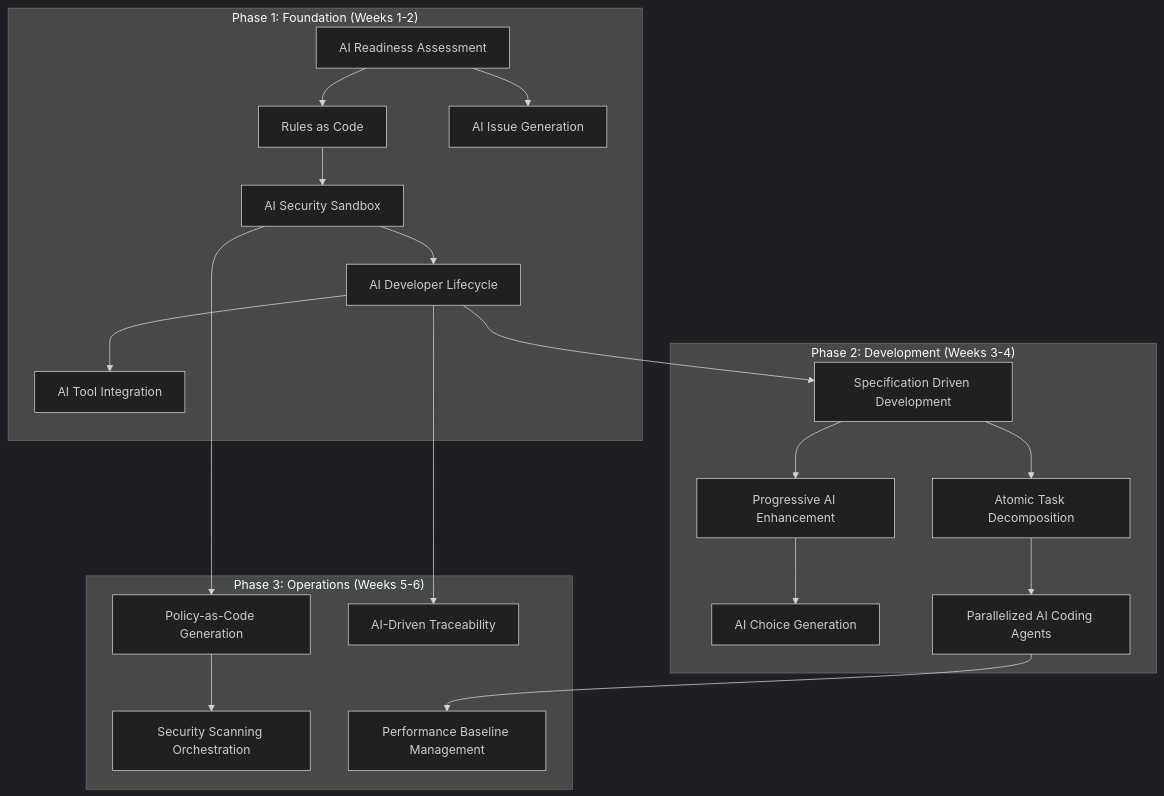
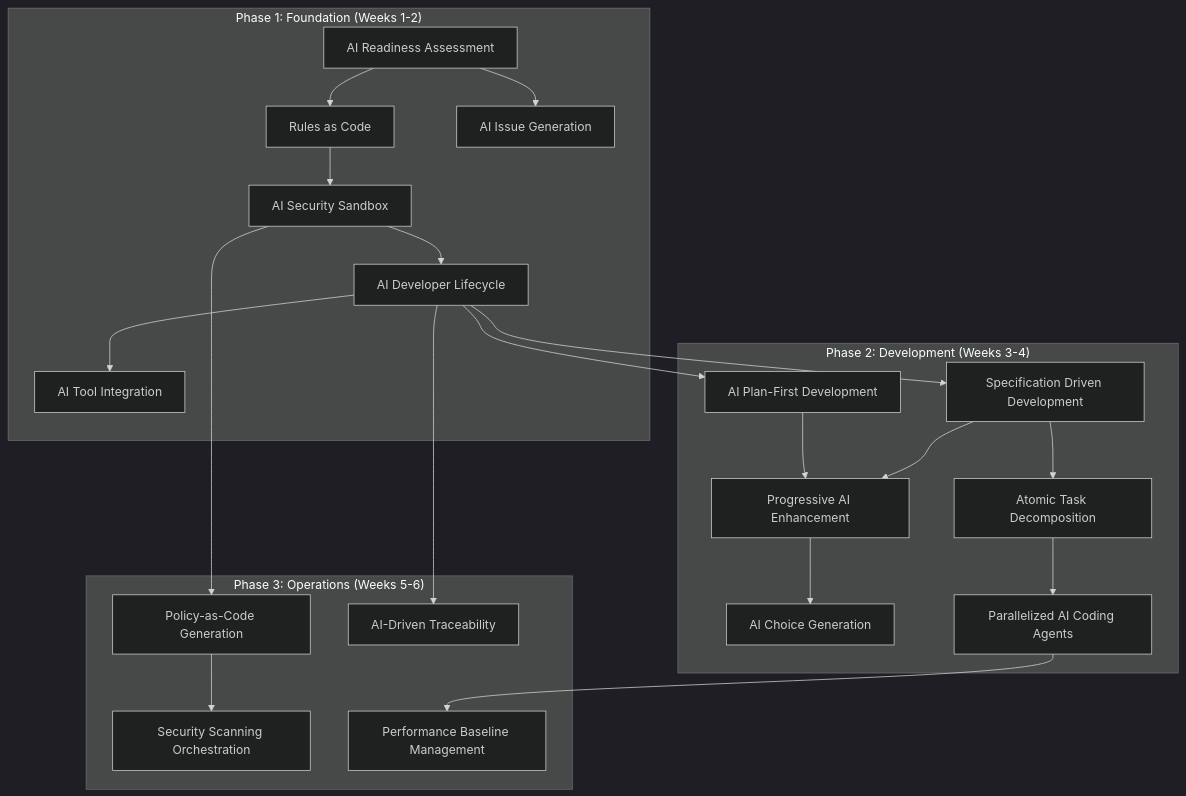
The first of 12 diagrams in README.md (PaulDuvall/ai-development-patterns), drawn with Mermaid (dark theme) before and after one commit. The commit also changed other lines of this file and 6 other files, not shown here.

First line of the commit message:
feat: add AI Plan-First Development pattern with tool examples

````diff
--- a/README.md
+++ b/README.md
@@ -25,25 +25,27 @@
 ```mermaid
 graph TD
     subgraph "Phase 1: Foundation (Weeks 1-2)"
         A[AI Readiness Assessment] --> B[Rules as Code]
         B --> C[AI Security Sandbox]
         C --> D[AI Developer Lifecycle]
         A --> E[AI Issue Generation]
         D --> F[AI Tool Integration]
     end
     
     subgraph "Phase 2: Development (Weeks 3-4)"
         D --> G[Specification Driven Development]
-        G --> H[Progressive AI Enhancement]
-        H --> I[AI Choice Generation]
-        G --> J[Atomic Task Decomposition]
-        J --> K[Parallelized AI Coding Agents]
+        D --> H[AI Plan-First Development]
+        G --> I[Progressive AI Enhancement]
+        H --> I
+        I --> J[AI Choice Generation]
+        G --> K[Atomic Task Decomposition]
+        K --> L[Parallelized AI Coding Agents]
     end
     
     subgraph "Phase 3: Operations (Weeks 5-6)"
-        C --> L[Policy-as-Code Generation]
-        L --> M[Security Scanning Orchestration]
-        K --> N[Performance Baseline Management]
-        D --> O[AI-Driven Traceability]
+        C --> M[Policy-as-Code Generation]
+        M --> N[Security Scanning Orchestration]
+        L --> O[Performance Baseline Management]
+        D --> P[AI-Driven Traceability]
     end
 ```
````
